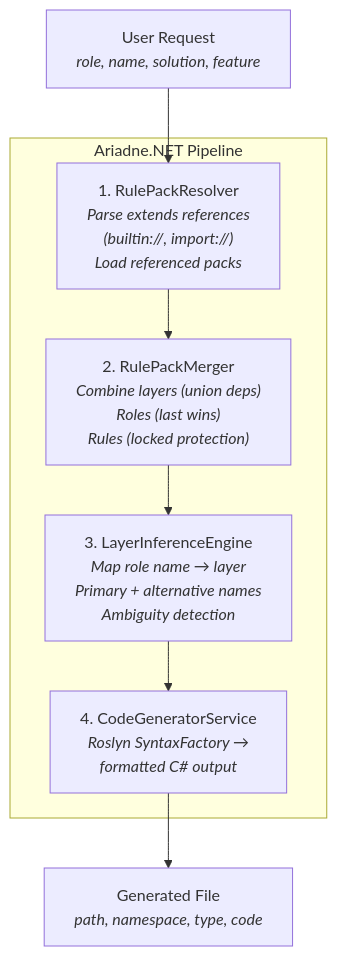
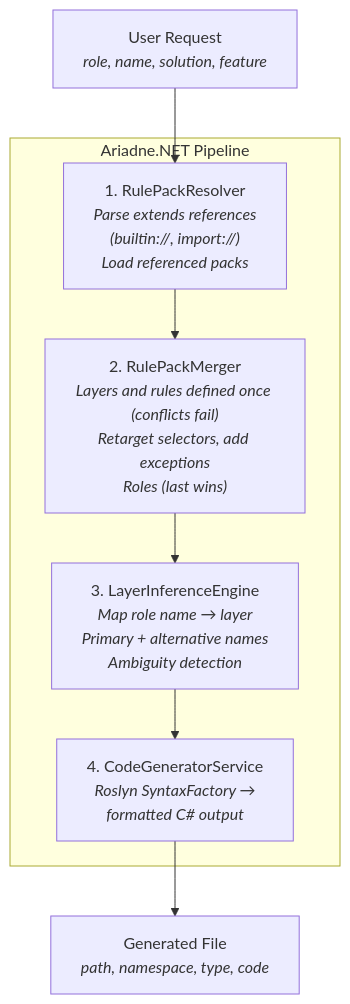
Before and after one commit to MarcelRoozekrans/Ariadne.NET: the second of 4 diagrams in docs-site/docs/how-it-works/02-architecture.md, drawn with Mermaid. The commit also changed other lines of this file and 173 other files, not shown here.

First line of the commit message:
feat!: rule schema v2 with selectors, forbid and allowOnly rules (#35)

````diff
--- a/docs-site/docs/how-it-works/02-architecture.md
+++ b/docs-site/docs/how-it-works/02-architecture.md
@@ -41,13 +40,13 @@
 ```mermaid
 flowchart TD
     A["User Request<br/><i>role, name, solution, feature</i>"] --> B
 
     subgraph Core["Ariadne.NET Pipeline"]
         B["1. RulePackResolver<br/><i>Parse extends references<br/>(builtin://, import://)<br/>Load referenced packs</i>"]
-        B --> C["2. RulePackMerger<br/><i>Combine layers (union deps)<br/>Roles (last wins)<br/>Rules (locked protection)</i>"]
+        B --> C["2. RulePackMerger<br/><i>Layers and rules defined once (conflicts fail)<br/>Retarget selectors, add exceptions<br/>Roles (last wins)</i>"]
         C --> D["3. LayerInferenceEngine<br/><i>Map role name → layer<br/>Primary + alternative names<br/>Ambiguity detection</i>"]
         D --> E["4. CodeGeneratorService<br/><i>Roslyn SyntaxFactory →<br/>formatted C# output</i>"]
     end
 
     E --> G["Generated File<br/><i>path, namespace, type, code</i>"]
 ```
````
